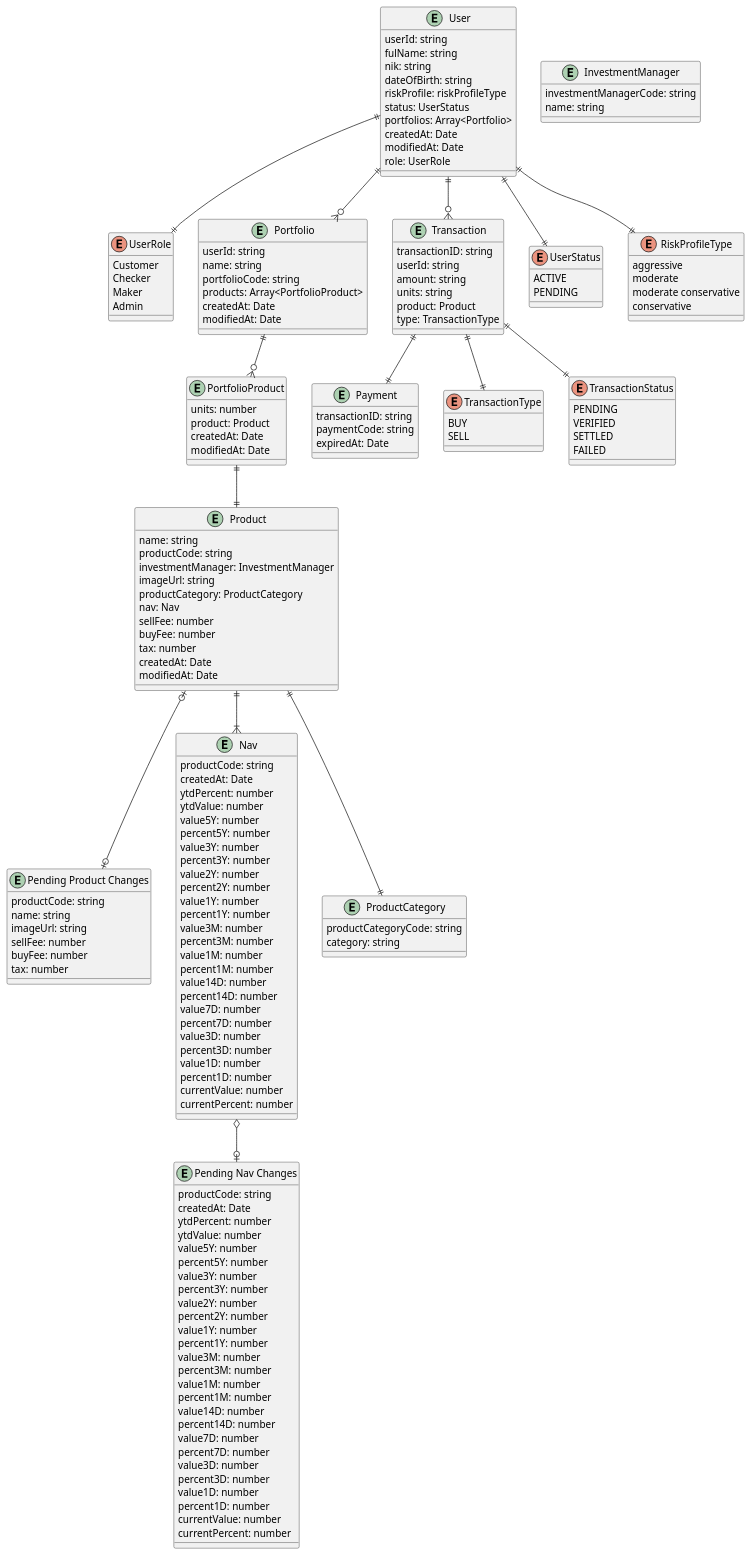
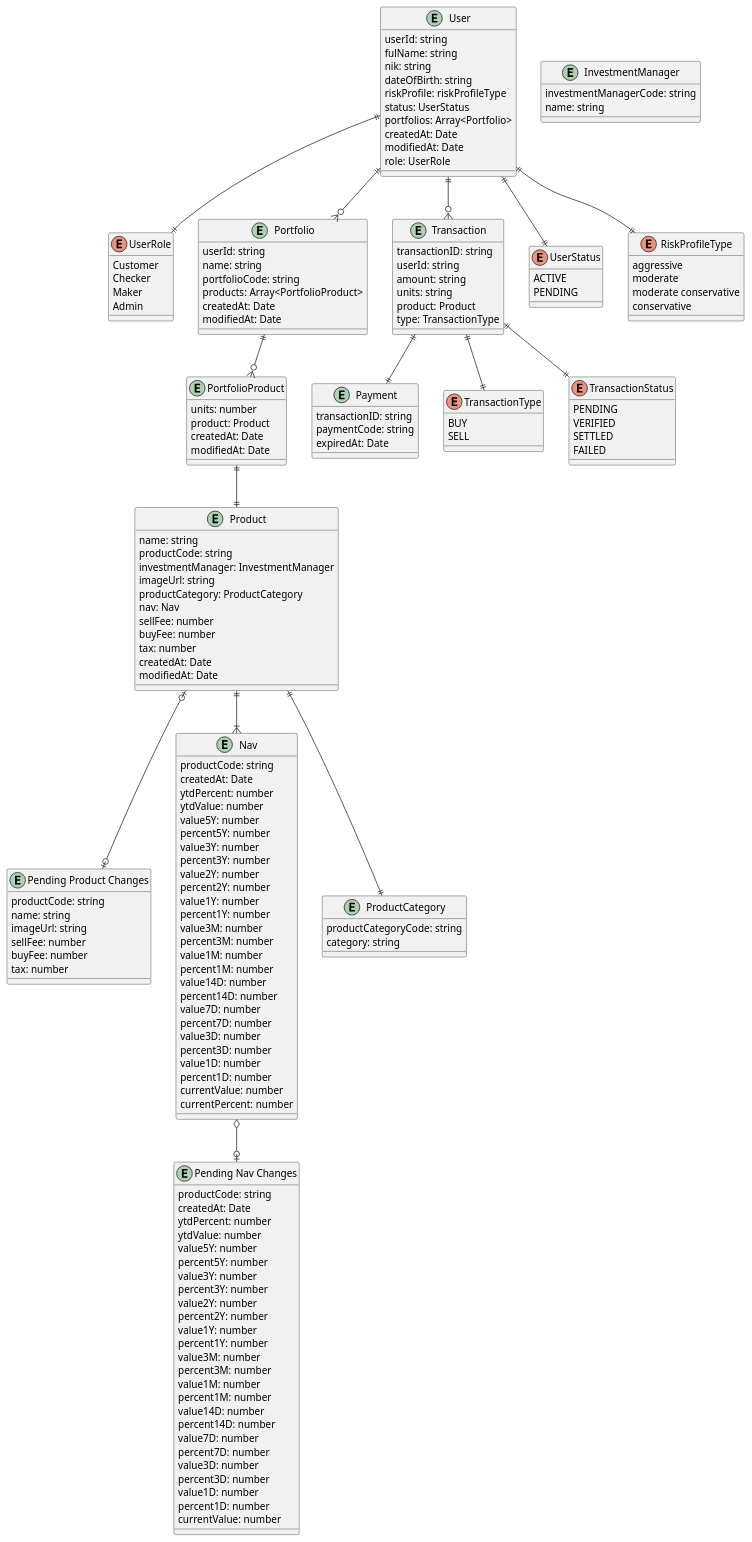
The diagram in database-design.puml (ilhamtubagus/mug-jakarta-mutual-funds), drawn with PlantUML before and after one commit. The commit also changed 1 other file, not shown here.

```diff
--- a/database-design.puml
+++ b/database-design.puml
@@ -1,183 +1,182 @@
 @startuml
 
 entity User {
     userId: string
     fulName: string
     nik: string
     dateOfBirth: string
     riskProfile: riskProfileType
     status: UserStatus
     portfolios: Array<Portfolio>
     createdAt: Date
     modifiedAt: Date
     role: UserRole
 }
 
 enum UserRole {
     Customer
     Checker
     Maker
     Admin
 }
 
 entity Portfolio {
     userId: string
     name: string
     portfolioCode: string
     products: Array<PortfolioProduct>
     createdAt: Date
     modifiedAt: Date
 }
 
 entity PortfolioProduct {
     units: number
     product: Product
     createdAt: Date
     modifiedAt: Date
 }
 
 entity Product {
     name: string
     productCode: string
     investmentManager: InvestmentManager
     imageUrl: string
     productCategory: ProductCategory
     nav: Nav
     sellFee: number
     buyFee: number
     tax: number
     createdAt: Date
     modifiedAt: Date
 }
 
 entity "Pending Product Changes" {
     productCode: string
     name: string
     imageUrl: string
     sellFee: number
     buyFee: number
     tax: number
 }
 
 entity Nav {
     productCode: string
     createdAt: Date
     ytdPercent: number
     ytdValue: number
     value5Y: number
     percent5Y: number
     value3Y: number
     percent3Y: number
     value2Y: number
     percent2Y: number
     value1Y: number
     percent1Y: number
     value3M: number
     percent3M: number
     value1M: number
     percent1M: number
     value14D: number
     percent14D: number
     value7D: number
     percent7D: number
     value3D: number
     percent3D: number
     value1D: number
     percent1D: number
     currentValue: number
     currentPercent: number
 }
 
 entity "Pending Nav Changes" {
     productCode: string
     createdAt: Date
     ytdPercent: number
     ytdValue: number
     value5Y: number
     percent5Y: number
     value3Y: number
     percent3Y: number
     value2Y: number
     percent2Y: number
     value1Y: number
     percent1Y: number
     value3M: number
     percent3M: number
     value1M: number
     percent1M: number
     value14D: number
     percent14D: number
     value7D: number
     percent7D: number
     value3D: number
     percent3D: number
     value1D: number
     percent1D: number
     currentValue: number
-    currentPercent: number
 }
 
 entity ProductCategory {
     productCategoryCode: string
     category: string
 }
 
 entity Transaction {
     transactionID: string
     userId: string
     amount: string
     units: string
     product: Product
     type: TransactionType
 }
 
 entity Payment {
     transactionID: string
     paymentCode: string
     expiredAt: Date
 }
 
 enum TransactionType {
     BUY
     SELL
 }
 
 enum TransactionStatus {
     PENDING
     VERIFIED
     SETTLED
     FAILED
 }
 
 enum UserStatus{
     ACTIVE
     PENDING
 }
 
 enum RiskProfileType{
     aggressive
     moderate
     moderate conservative
     conservative
 }
 
 entity InvestmentManager {
     investmentManagerCode: string
     name: string
 }
 
 Product ||--|| ProductCategory
 Product ||--|{ Nav
 PortfolioProduct ||--|| Product
 Portfolio ||--o{ PortfolioProduct
 User ||--o{ Portfolio
 User ||--o{ Transaction
 User ||--|| UserStatus
 Transaction ||--|| TransactionStatus
 Transaction ||--|| TransactionType
 User ||--|| RiskProfileType
 Transaction ||--|| Payment
 User ||--|| UserRole
 Product |o--o| "Pending Product Changes"
 Nav o--o| "Pending Nav Changes"
 @enduml
```
